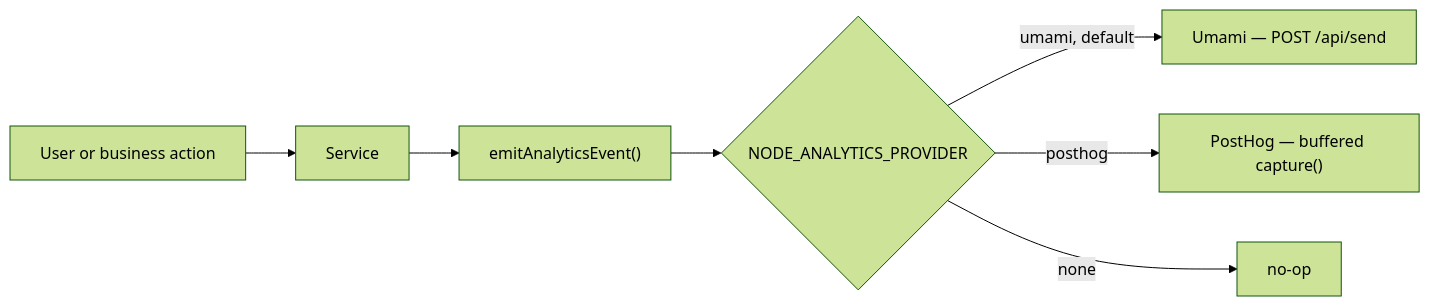
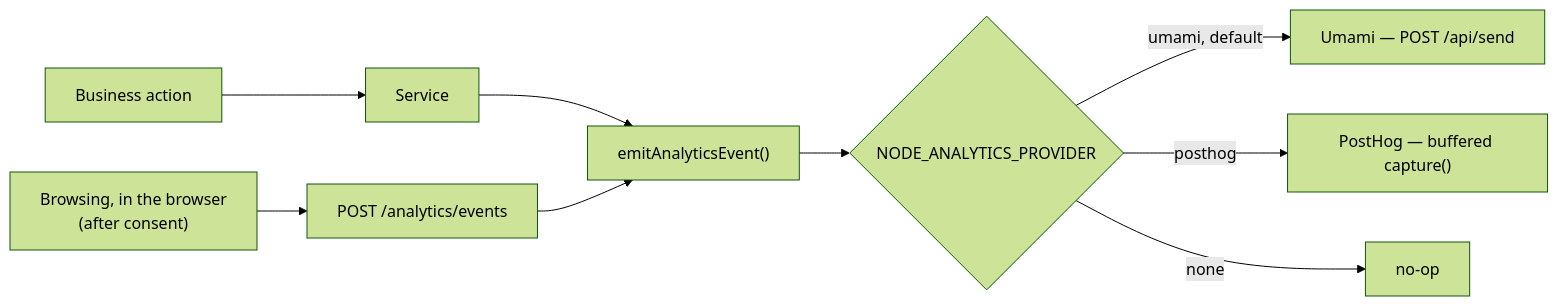
The first of 2 diagrams in docs/tools/analytics.md (Guebbit/boilerplate-node-backend), drawn with Mermaid (forest theme) before and after one commit. The commit also changed other lines of this file and 23 other files, not shown here.

First line of the commit message:
feat(analytics): relay browsing events from the browser, only after consent

````diff
--- a/docs/tools/analytics.md
+++ b/docs/tools/analytics.md
@@ -14,9 +14,11 @@
 ```mermaid
 flowchart LR
-    UserAction[User or business action] --> Service
+    UserAction[Business action] --> Service
     Service --> Emit["emitAnalyticsEvent()"]
+    Browse["Browsing, in the browser<br/>(after consent)"] --> Relay["POST /analytics/events"]
+    Relay --> Emit
     Emit --> Port{"NODE_ANALYTICS_PROVIDER"}
     Port -->|umami, default| Umami["Umami — POST /api/send"]
     Port -->|posthog| PostHog["PostHog — buffered capture()"]
     Port -->|none| Noop["no-op"]
 ```
````
